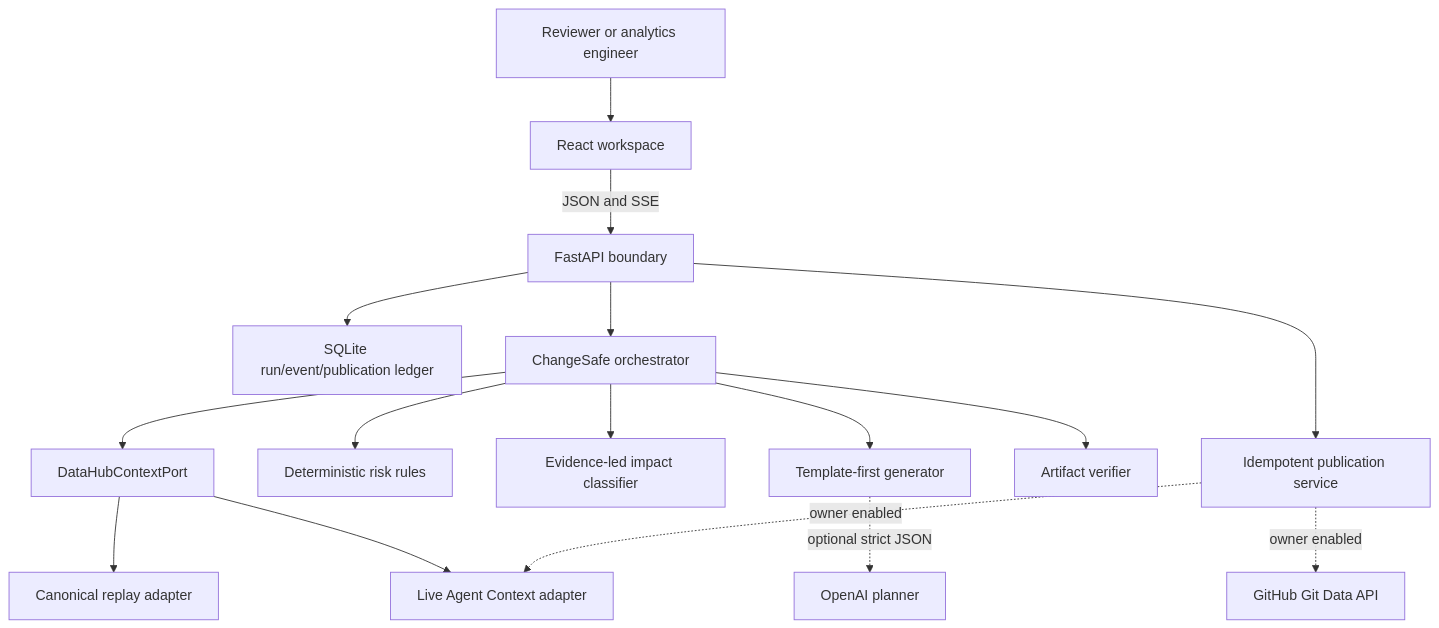
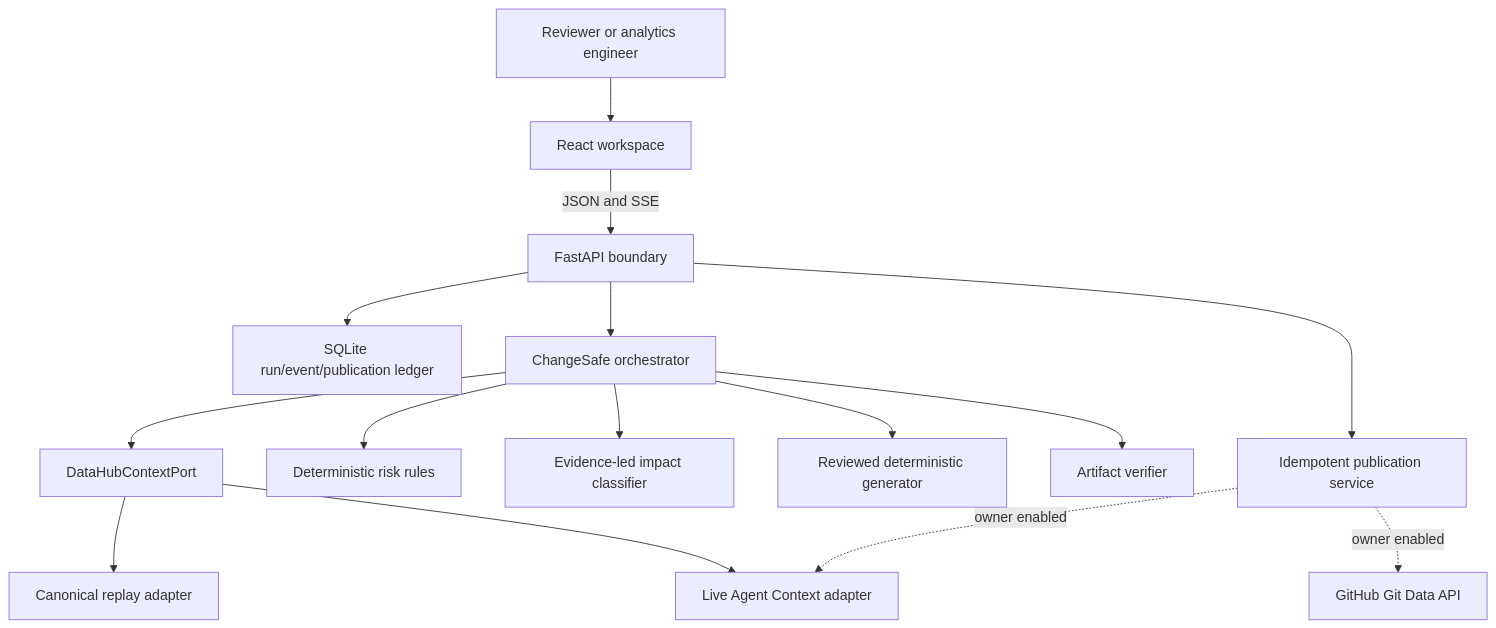
The first of 3 diagrams in docs/architecture.md (marker2601/changesafe), drawn with Mermaid before and after one commit. The commit also changed other lines of this file and 8 other files, not shown here.

````diff
--- a/docs/architecture.md
+++ b/docs/architecture.md
@@ -7,18 +7,17 @@
 ```mermaid
 flowchart TD
     U["Reviewer or analytics engineer"] --> W["React workspace"]
     W -->|"JSON and SSE"| API["FastAPI boundary"]
     API --> STORE["SQLite run/event/publication ledger"]
     API --> ORCH["ChangeSafe orchestrator"]
     ORCH --> PORT["DataHubContextPort"]
     PORT --> SNAP["Canonical replay adapter"]
     PORT --> LIVE["Live Agent Context adapter"]
     ORCH --> RISK["Deterministic risk rules"]
     ORCH --> IMPACT["Evidence-led impact classifier"]
-    ORCH --> GEN["Template-first generator"]
-    GEN -.->|"optional strict JSON"| OPENAI["OpenAI planner"]
+    ORCH --> GEN["Reviewed deterministic generator"]
     ORCH --> VERIFY["Artifact verifier"]
     API --> PUB["Idempotent publication service"]
     PUB -.->|"owner enabled"| GH["GitHub Git Data API"]
     PUB -.->|"owner enabled"| LIVE
 ```
````
